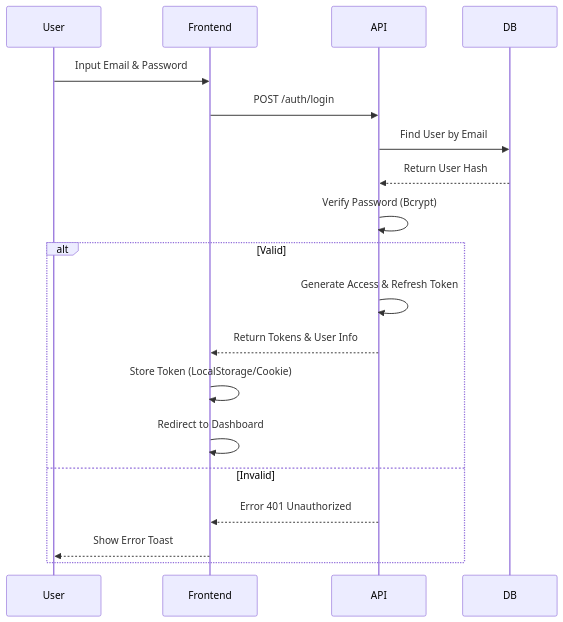
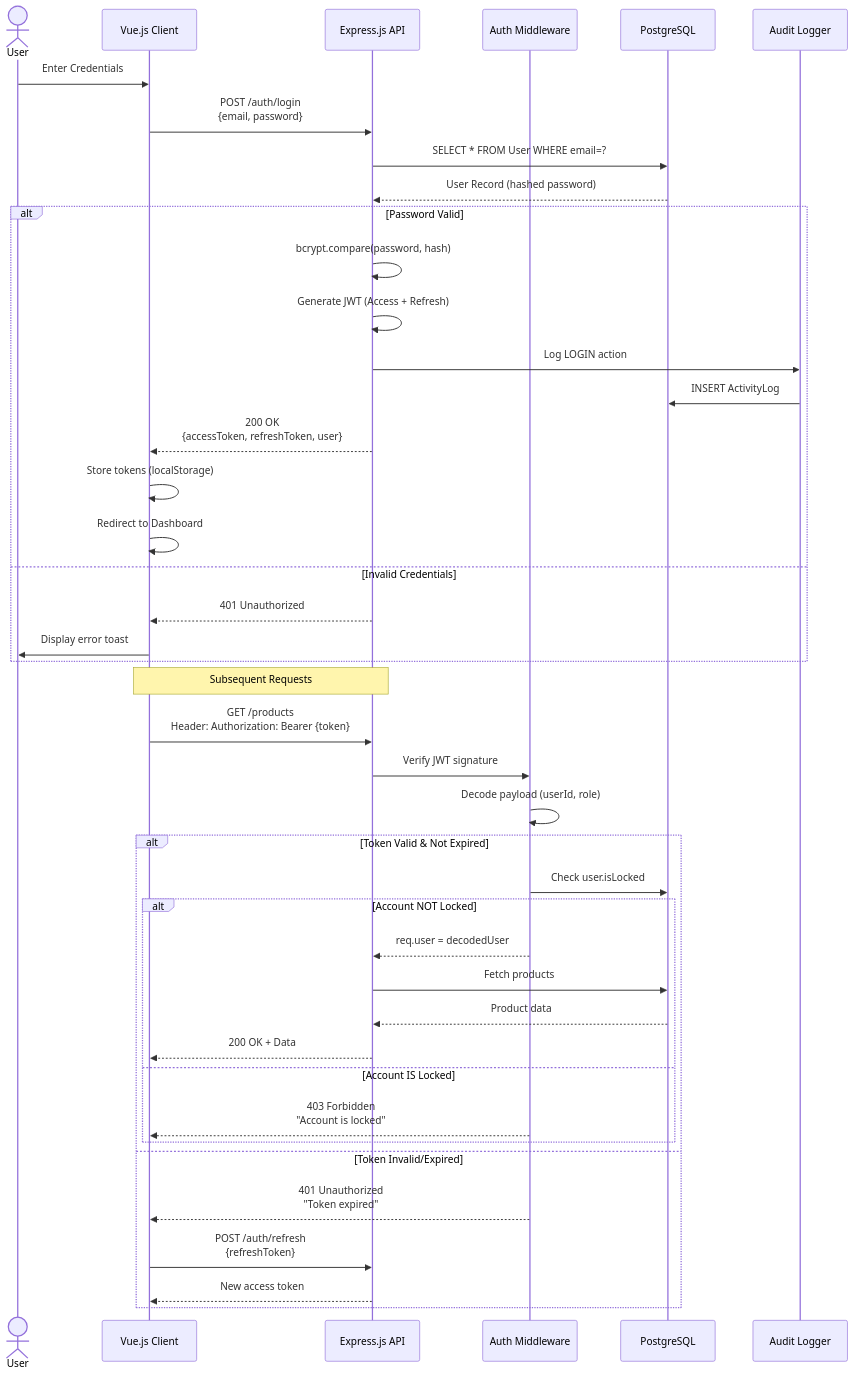
The second of 4 diagrams in README.md (sapikkk/cms), drawn with Mermaid before and after one commit. The commit also changed other lines of this file and 18 other files, not shown here.

````diff
--- a/README.md
+++ b/README.md
@@ -251,23 +185,48 @@
 ```mermaid
 sequenceDiagram
-    participant User
-    participant Frontend
-    participant API
-    participant DB
+    actor User
+    participant Frontend as Vue.js Client
+    participant API as Express.js API
+    participant Auth as Auth Middleware
+    participant DB as PostgreSQL
+    participant Audit as Audit Logger
     
-    User->>Frontend: Input Email & Password
-    Frontend->>API: POST /auth/login
-    API->>DB: Find User by Email
-    DB-->>API: Return User Hash
-    API->>API: Verify Password (Bcrypt)
+    User->>Frontend: Enter Credentials
+    Frontend->>API: POST /auth/login<br/>{email, password}
+    API->>DB: SELECT * FROM User WHERE email=?
+    DB-->>API: User Record (hashed password)
     
-    alt Valid
-        API->>API: Generate Access & Refresh Token
-        API-->>Frontend: Return Tokens & User Info
-        Frontend->>Frontend: Store Token (LocalStorage/Cookie)
+    alt Password Valid
+        API->>API: bcrypt.compare(password, hash)
+        API->>API: Generate JWT (Access + Refresh)
+        API->>Audit: Log LOGIN action
+        Audit->>DB: INSERT ActivityLog
+        API-->>Frontend: 200 OK<br/>{accessToken, refreshToken, user}
+        Frontend->>Frontend: Store tokens (localStorage)
         Frontend->>Frontend: Redirect to Dashboard
-    else Invalid
-        API-->>Frontend: Error 401 Unauthorized
-        Frontend-->>User: Show Error Toast
+    else Invalid Credentials
+        API-->>Frontend: 401 Unauthorized
+        Frontend->>User: Display error toast
+    end
+    
+    Note over Frontend,API: Subsequent Requests
+    Frontend->>API: GET /products<br/>Header: Authorization: Bearer {token}
+    API->>Auth: Verify JWT signature
+    Auth->>Auth: Decode payload (userId, role)
+    
+    alt Token Valid & Not Expired
+        Auth->>DB: Check user.isLocked
+        alt Account NOT Locked
+            Auth-->>API: req.user = decodedUser
+            API->>DB: Fetch products
+            DB-->>API: Product data
+            API-->>Frontend: 200 OK + Data
+        else Account IS Locked
+            Auth-->>Frontend: 403 Forbidden<br/>"Account is locked"
+        end
+    else Token Invalid/Expired
+        Auth-->>Frontend: 401 Unauthorized<br/>"Token expired"
+        Frontend->>API: POST /auth/refresh<br/>{refreshToken}
+        API-->>Frontend: New access token
     end
 ```
````
